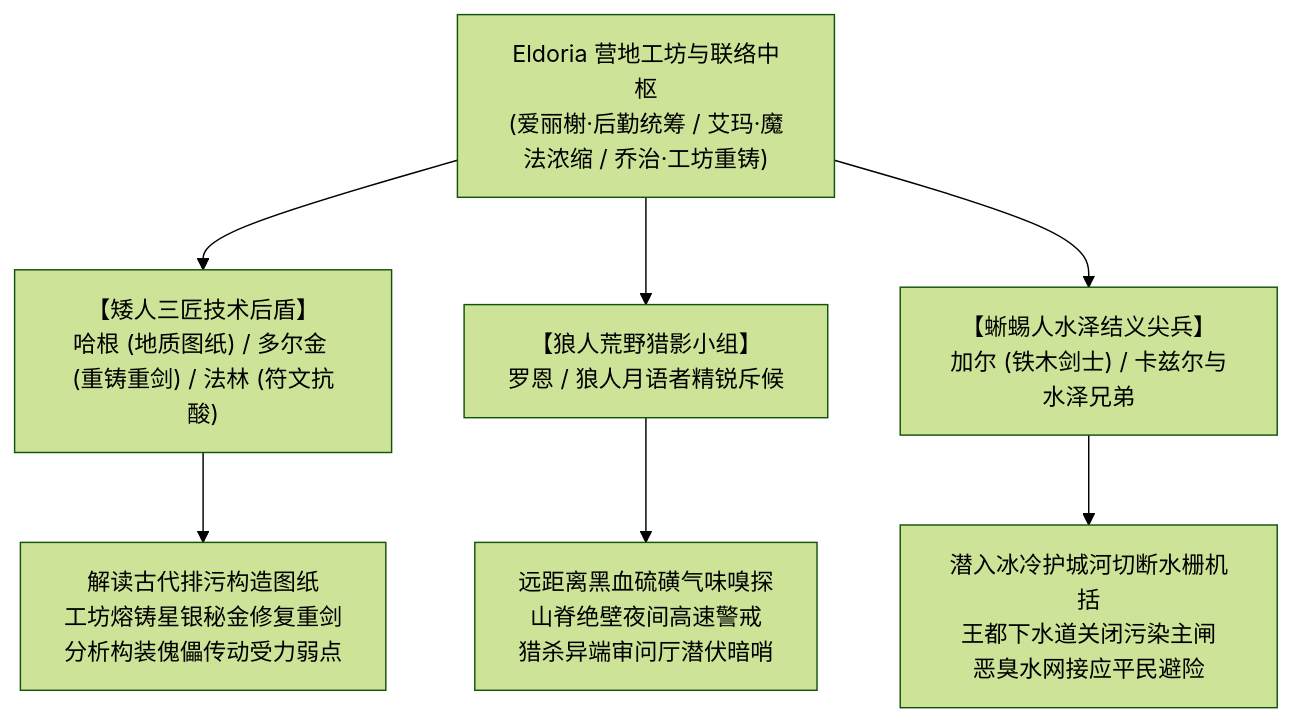
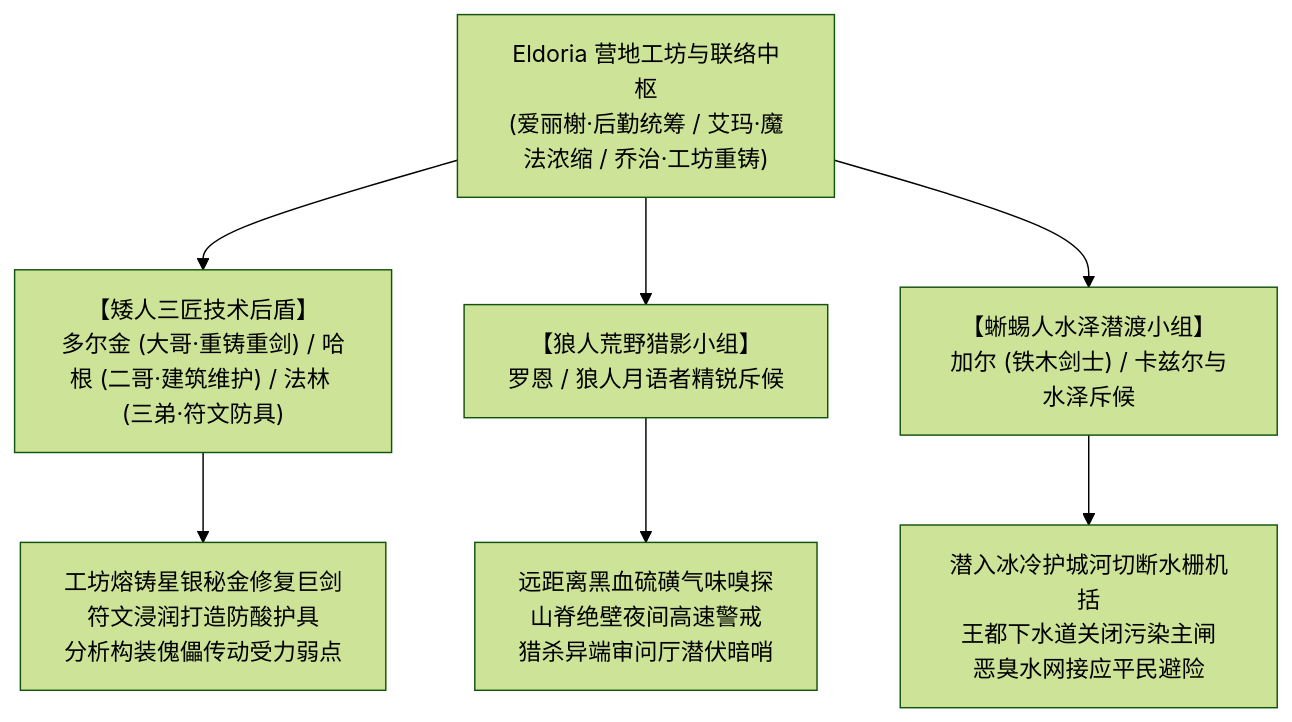
The diagram in 方案/第二部/主线与世界扩充方案/05_营地五族跨境联动与特遣支援方案.md (soranokiseki1437/eldoria-worldbook), drawn with Mermaid (forest theme) before and after one commit. The commit also changed other lines of this file and 1 other file, not shown here.

````diff
--- a/方案/第二部/主线与世界扩充方案/05_营地五族跨境联动与特遣支援方案.md
+++ b/方案/第二部/主线与世界扩充方案/05_营地五族跨境联动与特遣支援方案.md
@@ -24,12 +25,12 @@
 ```mermaid
 graph TD
     Camp["Eldoria 营地工坊与联络中枢<br/>(爱丽榭·后勤统筹 / 艾玛·魔法浓缩 / 乔治·工坊重铸)"]
     
-    Camp --> Dwarf["【矮人三匠技术后盾】<br/>哈根 (地质图纸) / 多尔金 (重铸重剑) / 法林 (符文抗酸)"]
+    Camp --> Dwarf["【矮人三匠技术后盾】<br/>多尔金 (大哥·重铸重剑) / 哈根 (二哥·建筑维护) / 法林 (三弟·符文防具)"]
     Camp --> Wolf["【狼人荒野猎影小组】<br/>罗恩 / 狼人月语者精锐斥候"]
-    Camp --> Lizard["【蜥蜴人水泽结义尖兵】<br/>加尔 (铁木剑士) / 卡兹尔与水泽兄弟"]
+    Camp --> Lizard["【蜥蜴人水泽潜渡小组】<br/>加尔 (铁木剑士) / 卡兹尔与水泽斥候"]
 
-    Dwarf --> D_Act["解读古代排污构造图纸<br/>工坊熔铸星银秘金修复重剑<br/>分析构装傀儡传动受力弱点"]
+    Dwarf --> D_Act["工坊熔铸星银秘金修复巨剑<br/>符文浸润打造防酸护具<br/>分析构装傀儡传动受力弱点"]
     Wolf --> W_Act["远距离黑血硫磺气味嗅探<br/>山脊绝壁夜间高速警戒<br/>猎杀异端审问厅潜伏暗哨"]
     Lizard --> L_Act["潜入冰冷护城河切断水栅机括<br/>王都下水道关闭污染主闸<br/>恶臭水网接应平民避险"]
 ```
````
